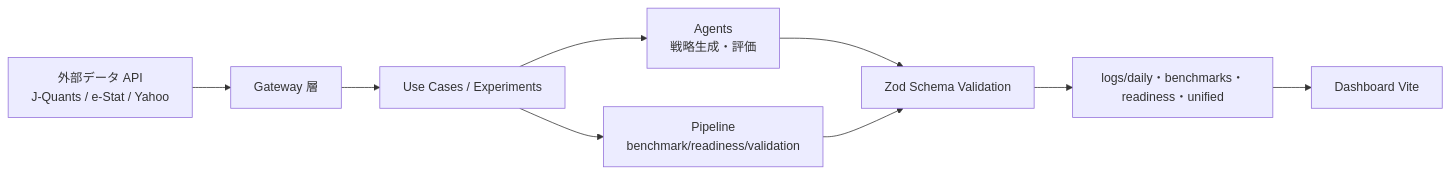
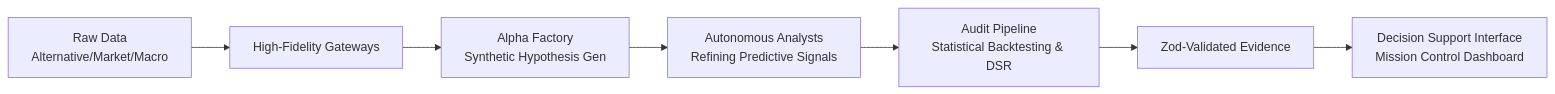
The diagram in README.md (KAFKA2306/investor), drawn with Mermaid before and after one commit. The commit also changed other lines of this file and 54 other files, not shown here.

Commit message:
feat: integrate alpha discovery and fix architecture circular dependencies

````diff
--- a/README.md
+++ b/README.md
@@ -21,11 +21,9 @@
 ```mermaid
 flowchart LR
-  A[外部データ API\nJ-Quants / e-Stat / Yahoo] --> B[Gateway 層]
-  B --> C[Use Cases / Experiments]
-  C --> D[Agents\n戦略生成・評価]
-  C --> E[Pipeline\nbenchmark/readiness/validation]
-  D --> F[Zod Schema Validation]
-  E --> F
-  F --> G[logs/daily・benchmarks・readiness・unified]
-  G --> H[Dashboard Vite]
+  A[Raw Data\nAlternative/Market/Macro] --> B[High-Fidelity Gateways]
+  B --> C[Alpha Factory\nSynthetic Hypothesis Gen]
+  C --> D[Autonomous Analysts\nRefining Predictive Signals]
+  D --> E[Audit Pipeline\nStatistical Backtesting & DSR]
+  E --> F[Zod-Validated Evidence]
+  F --> G[Decision Support Interface\nMission Control Dashboard]
 ```
````
